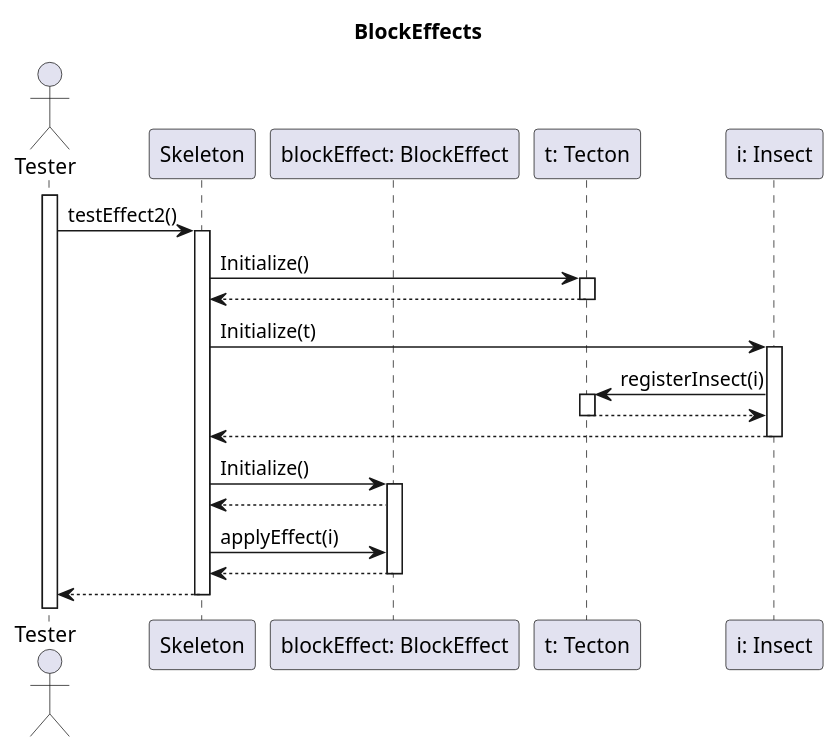
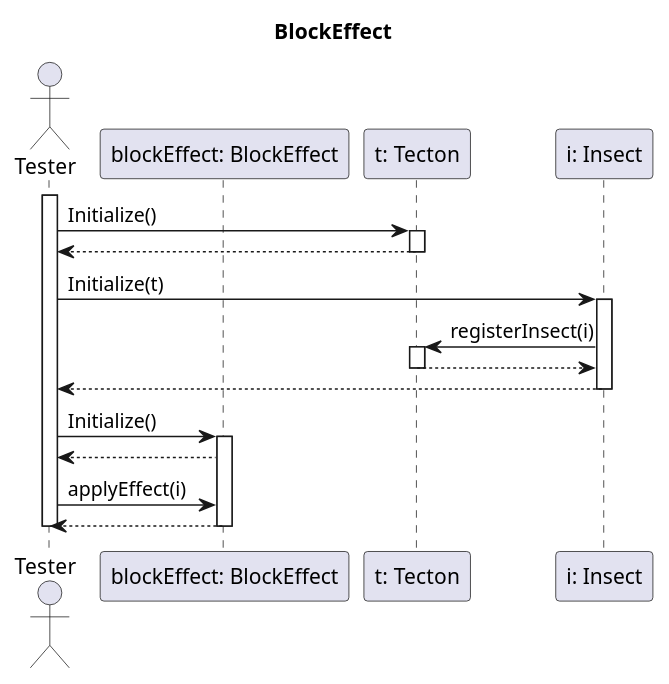
The diagram in diagrams/communication/effect/BlockEffect.wsd (dzsem/projlab), drawn with PlantUML before and after one commit. The commit also changed 3 other files, not shown here.

Commit message:
Remove Skeleton from communication diagrams

```diff
--- a/diagrams/communication/effect/BlockEffect.wsd
+++ b/diagrams/communication/effect/BlockEffect.wsd
@@ -1,53 +1,38 @@
 @startuml Effects Init
 
-title BlockEffects 
+title BlockEffect
 
-actor "Tester" as test
-
-participant "Skeleton" as tester
-activate test
-test ->tester:testEffect2()
-
-participant "blockEffect: BlockEffect" as speed
-
-
+actor "Tester" as tester
+participant "blockEffect: BlockEffect" as block
 participant "t: Tecton" as t
-
 participant "i: Insect" as i
-
 
 activate tester
 
-tester -> t: Initialize()
-activate t
-t --> tester
-deactivate t
+	tester -> t: Initialize()
+	activate t
+	t --> tester
+	deactivate t
 
-tester -> i: Initialize(t)
-activate i
-i-> t: registerInsect(i)
-activate t
-t --> i
-deactivate t
-i--> tester
-deactivate i
+	tester -> i: Initialize(t)
+	activate i
 
+		i-> t: registerInsect(i)
+		activate t
+		t --> i
+		deactivate t
 
+	tester <-- i
+	deactivate i
 
+	tester -> block: Initialize()
+	activate block
+	block --> tester
 
+	tester->block: applyEffect(i)
+	block-->tester
+	deactivate block
 
-
-tester -> speed: Initialize()
-activate speed
-speed --> tester
-
-tester->speed: applyEffect(i)
-speed-->tester
-deactivate speed
-
-test <-- tester
 deactivate tester
 
-
-
 @enduml
```
